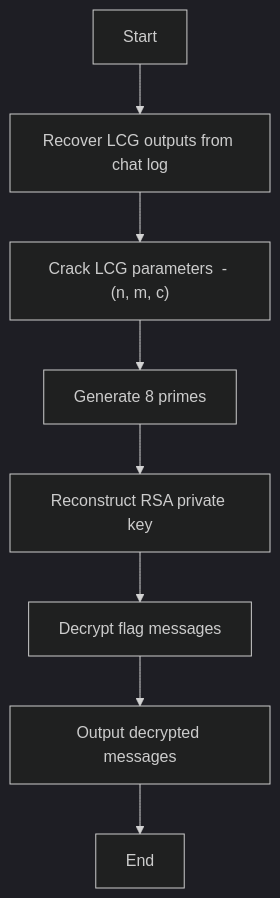
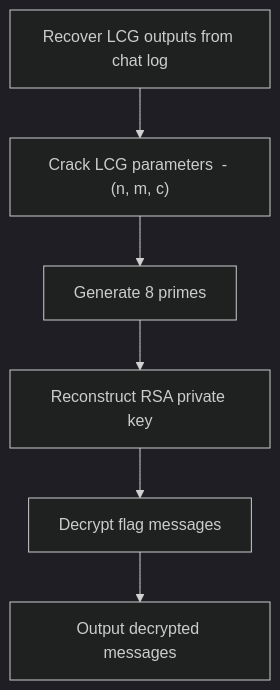
One commit to Starwarsfan2099/starwarsfan2099.github.io changed the second of 2 diagrams in _posts/2025-10-24-Flareon12.md. Above: the diagram before and after it, drawn with Mermaid (dark theme). The commit also changed other lines of this file, not shown here.

````diff
--- a/_posts/2025-10-24-Flareon12.md
+++ b/_posts/2025-10-24-Flareon12.md
@@ -1433,10 +1435,9 @@
 ```mermaid
 flowchart TD
-    A["Start"] --> B["Recover LCG outputs from chat log"]
+    B["Recover LCG outputs from chat log"]
     B --> C["Crack LCG parameters  - (n, m, c)"]
     C --> E["Generate 8 primes"]
     E --> I["Reconstruct RSA private key"]
     I --> J["Decrypt flag messages"]
     J --> K["Output decrypted messages"]
-    K --> L["End"]
 ```
````
